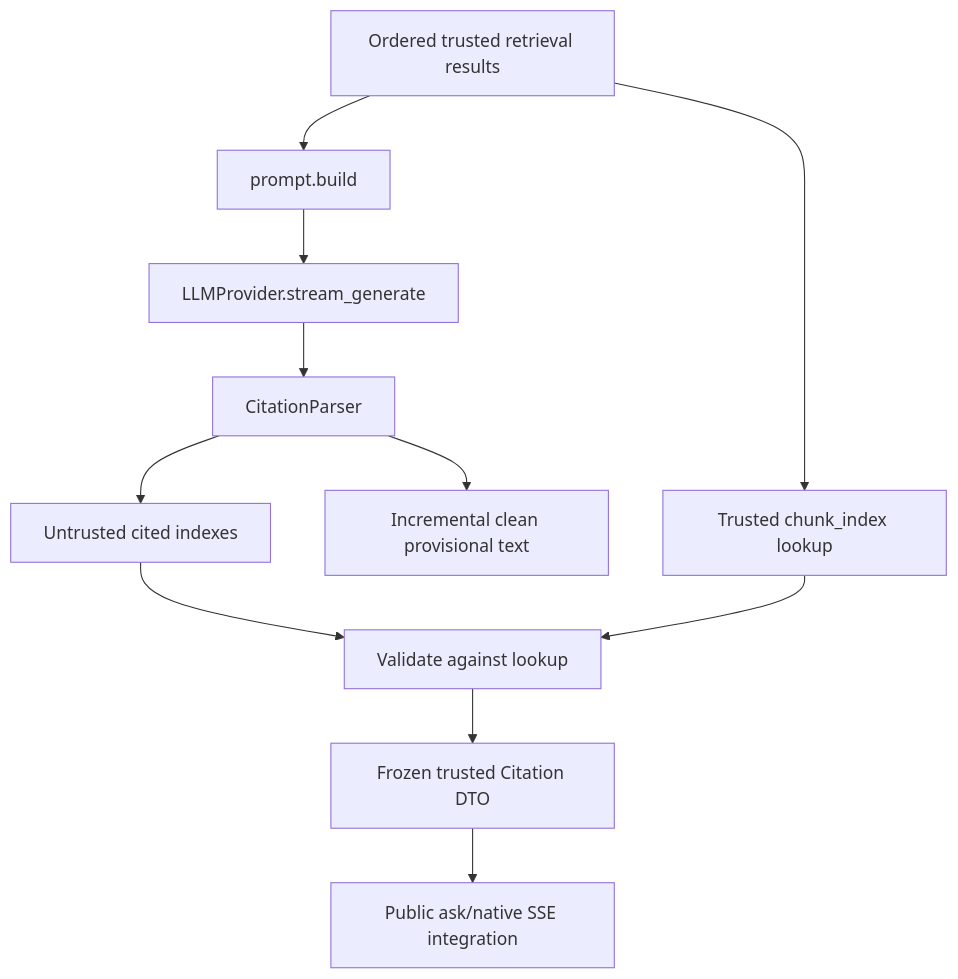
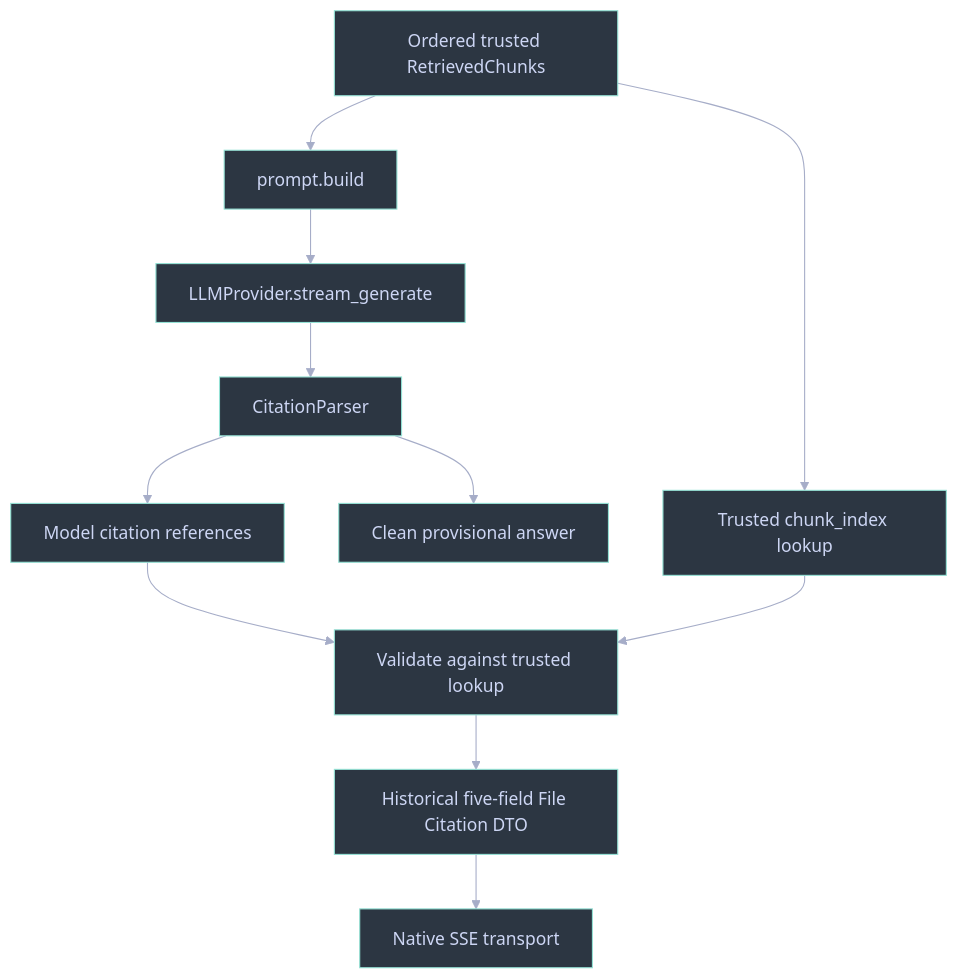
The third of 3 diagrams in .agents/skills/rag/SKILL.md (RyxnDmello/atlas), drawn with Mermaid before and after one commit. The commit also changed other lines of this file and 23 other files, not shown here.

````diff
--- a/.agents/skills/rag/SKILL.md
+++ b/.agents/skills/rag/SKILL.md
@@ -508,13 +511,22 @@
 ```mermaid
-flowchart TB
-    Results["Ordered trusted retrieval results"] --> Prompt["prompt.build"]
-    Results --> Lookup["Trusted chunk_index lookup"]
-    Prompt --> Provider["LLMProvider.stream_generate"]
-    Provider --> Parser["CitationParser"]
-    Parser --> Clean["Incremental clean provisional text"]
-    Parser --> Refs["Untrusted cited indexes"]
-    Refs --> Validate["Validate against lookup"]
+%%{init: {'theme': 'base', 'themeVariables': {'background': '#1e1e2e', 'primaryColor': '#45475a', 'primaryTextColor': '#cdd6f4', 'primaryBorderColor': '#89b4fa', 'lineColor': '#a6adc8', 'secondaryColor': '#313244', 'tertiaryColor': '#181825', 'fontFamily': 'Inter, sans-serif'}}}%%
+flowchart TD
+    Chunks["Ordered trusted RetrievedChunks"] --> Prompt["prompt.build"]
+    Chunks --> Lookup["Trusted chunk_index lookup"]
+    Prompt --> LLM["LLMProvider.stream_generate"]
+    LLM --> Parser["CitationParser"]
+    Parser --> Text["Clean provisional answer"]
+    Parser --> Ref["Model citation references"]
+    Ref --> Validate["Validate against trusted lookup"]
     Lookup --> Validate
-    Validate --> Citation["Frozen trusted Citation DTO"]
-    Citation --> Transport["Public ask/native SSE integration"]
+    Validate --> DTO["Historical five-field File Citation DTO"]
+    DTO --> SSE["Native SSE transport"]
+    class Chunks,Prompt,Lookup,LLM,Parser,Text,Ref,Validate,DTO,SSE service;
+    classDef client fill:#2b3046,stroke:#89b4fa,stroke-width:1px,color:#cdd6f4;
+    classDef service fill:#2c3642,stroke:#94e2d5,stroke-width:1px,color:#cdd6f4;
+    classDef storage fill:#332e46,stroke:#cba6f7,stroke-width:1px,color:#cdd6f4;
+    classDef verified fill:#2e363c,stroke:#a6e3a1,stroke-width:1px,color:#cdd6f4;
+    classDef planned fill:#30323f,stroke:#b4befe,stroke-width:1px,color:#cdd6f4;
+    classDef caution fill:#38362e,stroke:#f9e2af,stroke-width:1px,color:#cdd6f4;
+    classDef denied fill:#39303d,stroke:#f38ba8,stroke-width:1px,color:#cdd6f4;
 ```
````
